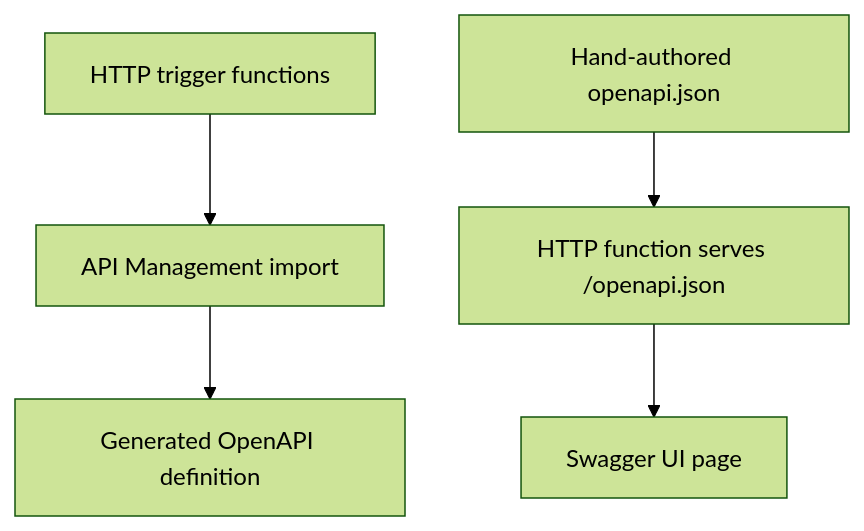
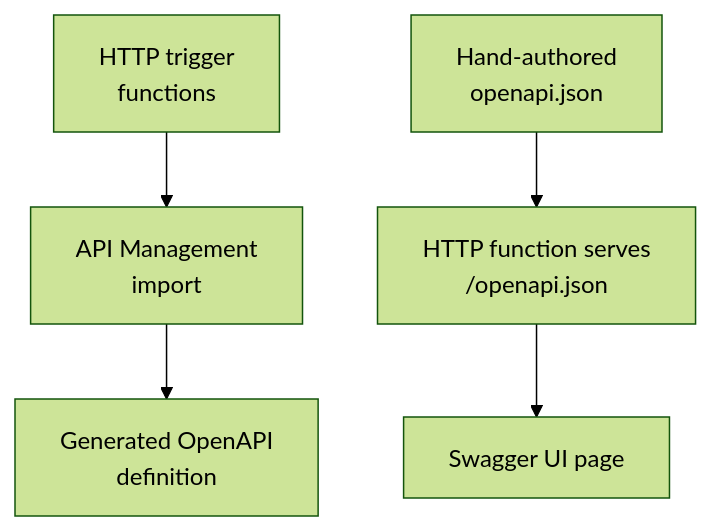
One commit to yeongseon/azure-functions-practical-guide changed the diagram in docs/language-guides/python/recipes/openapi.md. Above: the diagram before and after it, drawn with Mermaid (forest theme). The commit also changed 4 other files, not shown here.

First line of the commit message:
docs(diagrams): improve Python OpenAPI queue retry and Service Bus flows (#537)

````diff
--- a/docs/language-guides/python/recipes/openapi.md
+++ b/docs/language-guides/python/recipes/openapi.md
@@ -21,7 +21,9 @@
 ```mermaid
 flowchart TD
-    FUNC[HTTP trigger functions] --> APIM[API Management import]
-    APIM --> GEN[Generated OpenAPI definition]
-    SPEC[Hand-authored openapi.json] --> SERVE[HTTP function serves /openapi.json]
+    accTitle: Python recipe OpenAPI authoring options
+    accDescr: Two authoring paths, not network hops. Import HTTP functions into API Management to generate a definition, or serve this recipe's hand-authored document and Swagger UI with HTTP functions.
+    FUNC["HTTP trigger<br/>functions"] --> APIM["API Management<br/>import"]
+    APIM --> GEN["Generated OpenAPI<br/>definition"]
+    SPEC["Hand-authored<br/>openapi.json"] --> SERVE["HTTP function serves<br/>/openapi.json"]
     SERVE --> UI[Swagger UI page]
 ```
````
